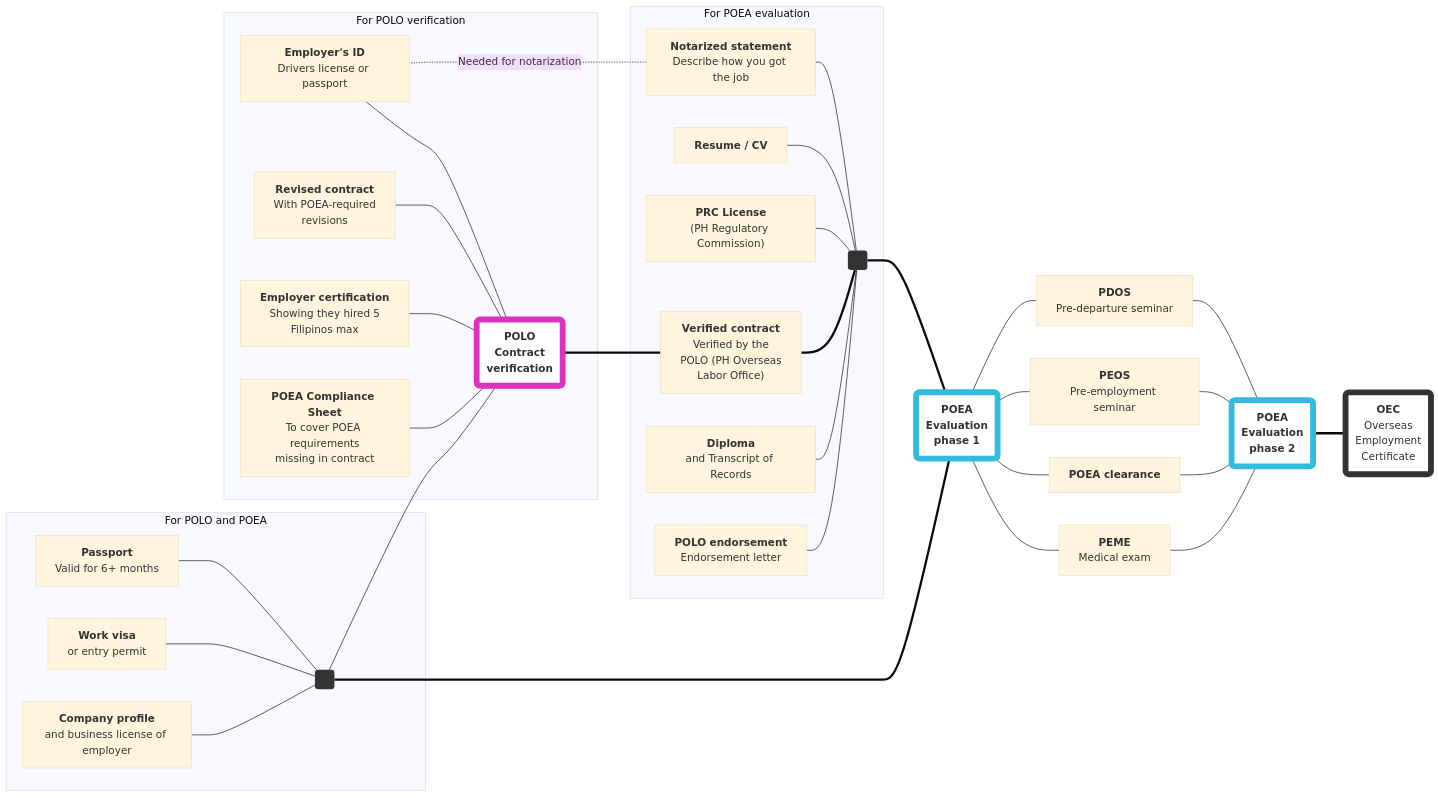
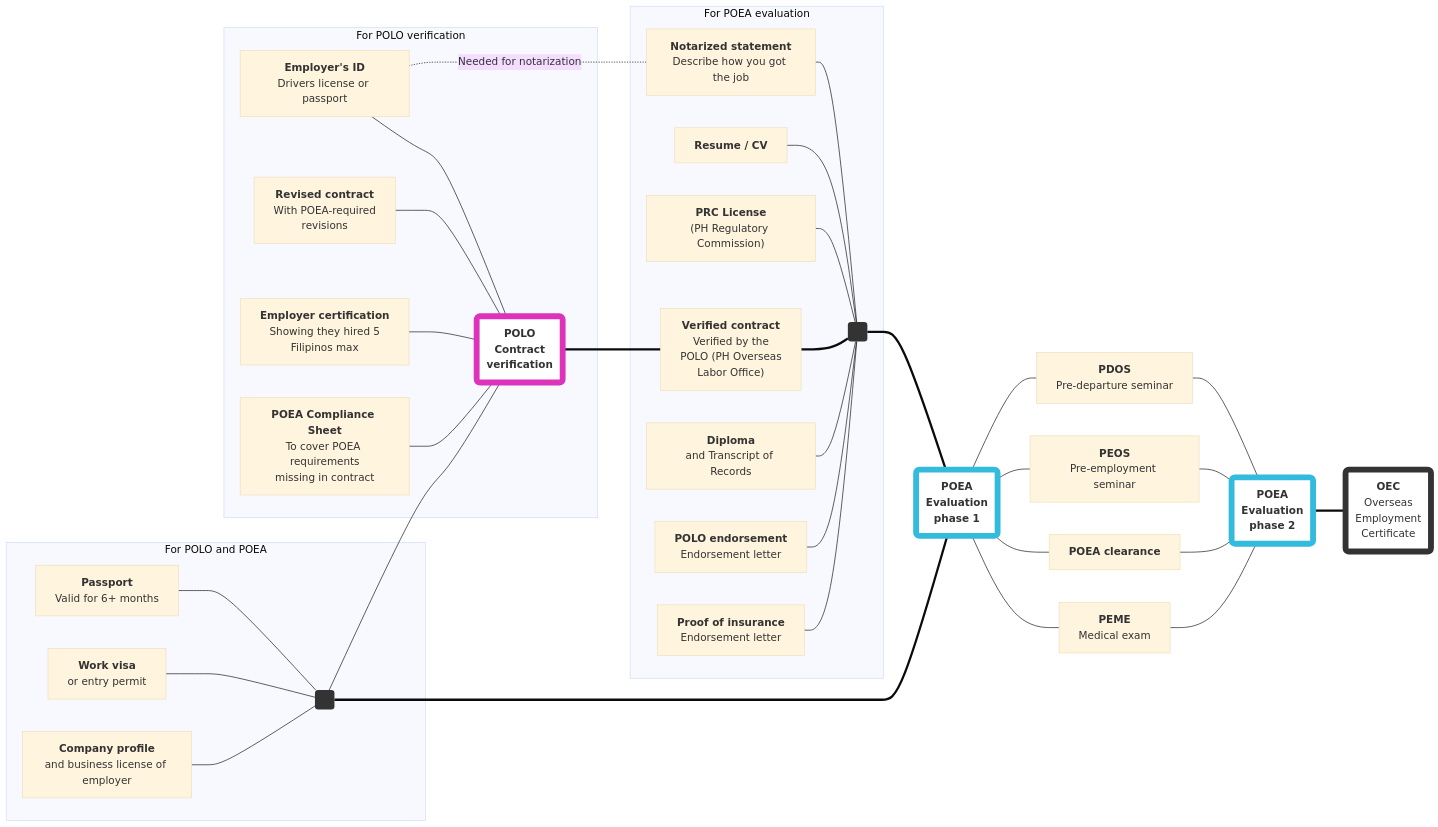
The diagram in docs/direct_hire_evaluation.md (rstacruz/oec-guide), drawn with Mermaid (base theme) before and after one commit. The commit also changed other lines of this file and 8 other files, not shown here.

```diff
--- a/docs/direct_hire_evaluation.md
+++ b/docs/direct_hire_evaluation.md
@@ -17,10 +17,14 @@
 click PEME "./medical_exam.html" "Medical exam"
 
 CONTRACT(<b>POLO<br>Contract<br>verification</b>)
+click CONTRACT "./polo_verification.html" "Contract verification"
+
 VERIFIED["<b>Verified contract</b><br>Verified by the<br>POLO (PH Overseas<br>Labor Office)"]
 click VERIFIED "./polo_verification.html" "Verified contract"
+
 REVISED["<b>Revised contract</b><br>With POEA-required<br>revisions"]
 click REVISED "./employment_standards.html" "Revised contract"
+
 CERTIFICATION["<b>Employer certification</b><br>Showing they hired 5<br>Filipinos max"]
 COMPLIANCE["<b>POEA Compliance Sheet</b><br>To cover POEA requirements<br>missing in contract"]
 
@@ -30,7 +34,10 @@
 
 ENDORSEMENT["<b>POLO endorsement</b><br>Endorsement letter"]
 click ENDORSEMENT "./polo_endorsement.html" "POLO endorsement"
+INSURANCE["<b>Proof of insurance</b><br>Endorsement letter"]
+click INSURANCE "./proof_of_insurance.html" "Proof of insurance"
 STATEMENT["<b>Notarized statement</b><br>Describe how you got the job"]
+click STATEMENT "./notarized_statement.html" "Notarized statement"
 EMPLOYERID["<b>Employer's ID</b><br>Drivers license or passport"]
 
 JOBDOCS(" ")
@@ -57,6 +64,7 @@
 JOBDOCS === VERIFIED
 JOBDOCS --- DIPLOMA
 JOBDOCS --- ENDORSEMENT
+JOBDOCS --- INSURANCE
 end
 
 subgraph For POLO and POEA
```
